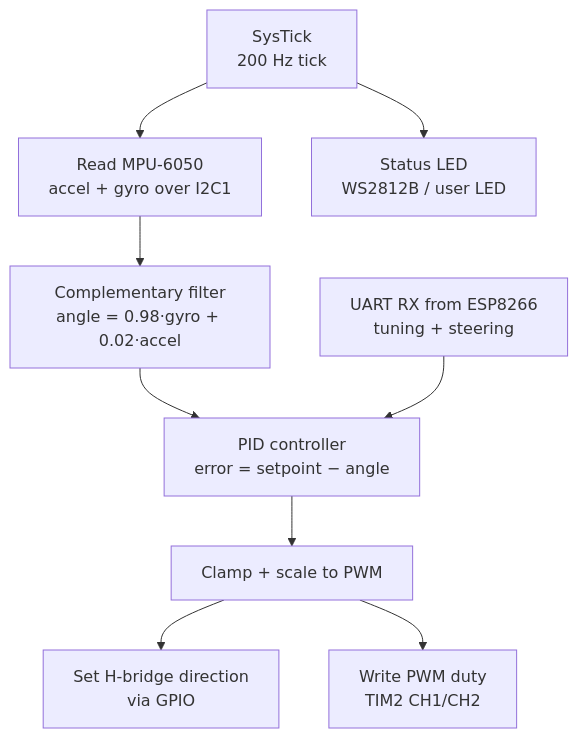
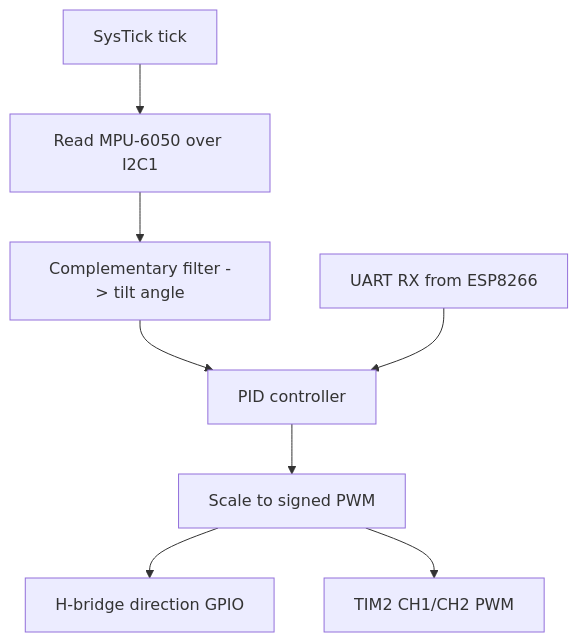
The second of 2 diagrams in Phase_D/readme.md (AMB0000/EmbeddedSystems), drawn with Mermaid before and after one commit. The commit also changed other lines of this file, not shown here.

````diff
--- a/Phase_D/readme.md
+++ b/Phase_D/readme.md
@@ -107,18 +54,16 @@
 ```mermaid
 flowchart TD
-    SYS[SysTick<br/>200 Hz tick]
-    READ[Read MPU-6050<br/>accel + gyro over I2C1]
-    FILT[Complementary filter<br/>angle = 0.98·gyro + 0.02·accel]
-    PID[PID controller<br/>error = setpoint − angle]
-    CLAMP[Clamp + scale to PWM]
-    DIR[Set H-bridge direction<br/>via GPIO]
-    PWM[Write PWM duty<br/>TIM2 CH1/CH2]
-    ESP_RX[UART RX from ESP8266<br/>tuning + steering]
-    LED[Status LED<br/>WS2812B / user LED]
+    SYS[SysTick tick]
+    READ[Read MPU-6050 over I2C1]
+    FILT[Complementary filter -> tilt angle]
+    PID[PID controller]
+    OUT[Scale to signed PWM]
+    DIR[H-bridge direction GPIO]
+    PWM[TIM2 CH1/CH2 PWM]
+    ESP_RX[UART RX from ESP8266]
 
-    SYS --> READ --> FILT --> PID --> CLAMP
-    CLAMP --> DIR
-    CLAMP --> PWM
+    SYS --> READ --> FILT --> PID --> OUT
+    OUT --> DIR
+    OUT --> PWM
     ESP_RX --> PID
-    SYS --> LED
 ```
````
